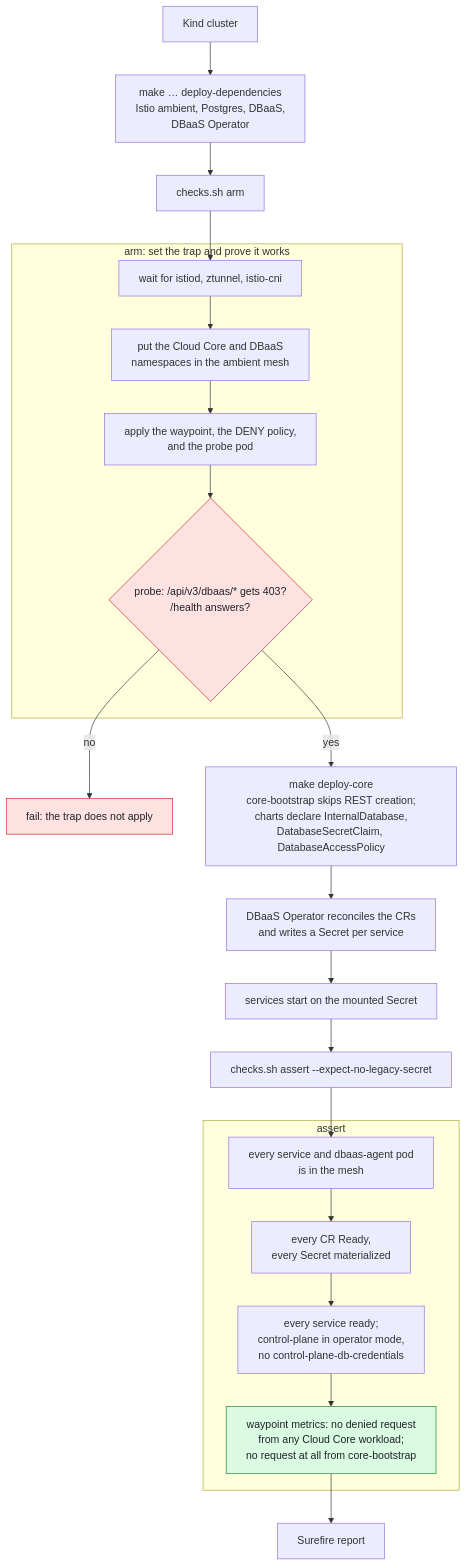
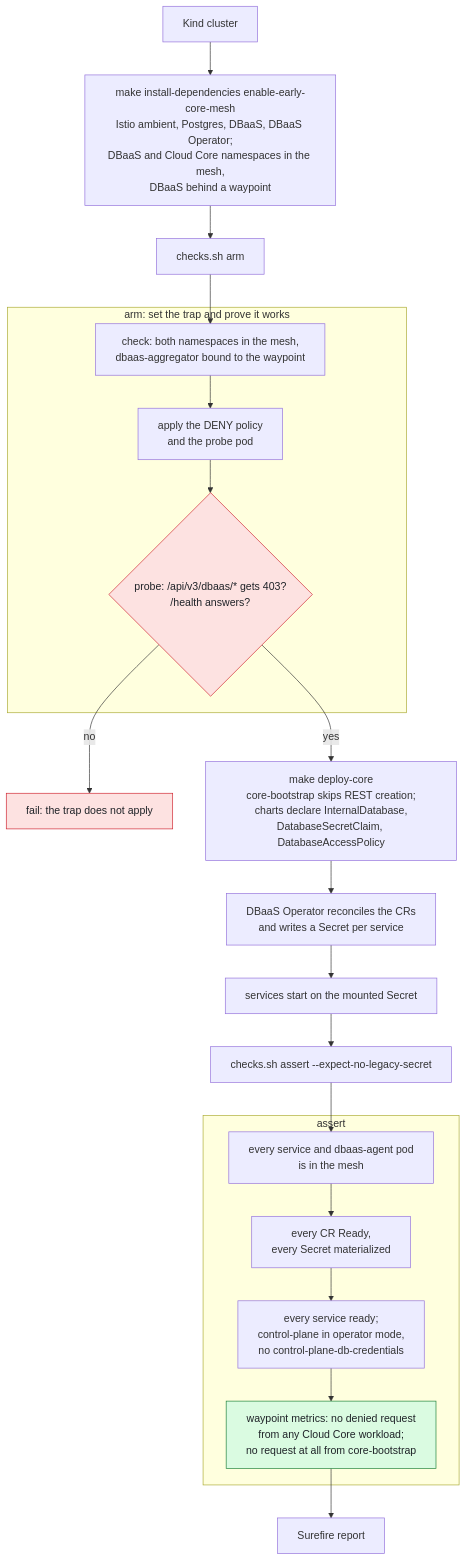
The second of 3 diagrams in dbaas-operator-tests/README.md (Netcracker/qubership-core-test-apps), drawn with Mermaid before and after one commit. The commit also changed other lines of this file and 4 other files, not shown here.

First line of the commit message:
test: let the bootstrap put the DBaaS Operator tests in the mesh

````diff
--- a/dbaas-operator-tests/README.md
+++ b/dbaas-operator-tests/README.md
@@ -87,33 +89,32 @@
 ```mermaid
 %%{init: {"flowchart": {"wrappingWidth": 320}}}%%
 flowchart TD
-    A["Kind cluster"] --> B["make … deploy-dependencies<br/>Istio ambient, Postgres, DBaaS,<br/>DBaaS Operator"]
+    A["Kind cluster"] --> B["make install-dependencies enable-early-core-mesh<br/>Istio ambient, Postgres, DBaaS, DBaaS Operator;<br/>DBaaS and Cloud Core namespaces in the mesh,<br/>DBaaS behind a waypoint"]
     B --> C["checks.sh arm"]
 
     subgraph arm["arm: set the trap and prove it works"]
-        C1["wait for istiod, ztunnel, istio-cni"] --> C2["put the Cloud Core and DBaaS<br/>namespaces in the ambient mesh"]
-        C2 --> C3["apply the waypoint, the DENY policy,<br/>and the probe pod"]
+        C1["check: both namespaces in the mesh,<br/>dbaas-aggregator bound to the waypoint"] --> C3["apply the DENY policy<br/>and the probe pod"]
         C3 --> C4{"probe: /api/v3/dbaas/* gets 403?<br/>/health answers?"}
     end
 
     C --> C1
     C4 -- "no" --> F1["fail: the trap does not apply"]
     C4 -- "yes" --> D["make deploy-core<br/>core-bootstrap skips REST creation;<br/>charts declare InternalDatabase,<br/>DatabaseSecretClaim, DatabaseAccessPolicy"]
     D --> E["DBaaS Operator reconciles the CRs<br/>and writes a Secret per service"]
     E --> G["services start on the mounted Secret"]
     G --> H["checks.sh assert --expect-no-legacy-secret"]
 
     subgraph assert["assert"]
         H1["every service and dbaas-agent pod<br/>is in the mesh"] --> H2["every CR Ready,<br/>every Secret materialized"]
         H2 --> H3["every service ready;<br/>control-plane in operator mode,<br/>no control-plane-db-credentials"]
         H3 --> H4["waypoint metrics: no denied request<br/>from any Cloud Core workload;<br/>no request at all from core-bootstrap"]
     end
 
     H --> H1
     H4 --> R["Surefire report"]
 
     classDef trap fill:#fde2e1,stroke:#cf222e,color:#1f2328
     classDef proof fill:#dafbe1,stroke:#1a7f37,color:#1f2328
     class C4,F1 trap
     class H4 proof
 ```
````
